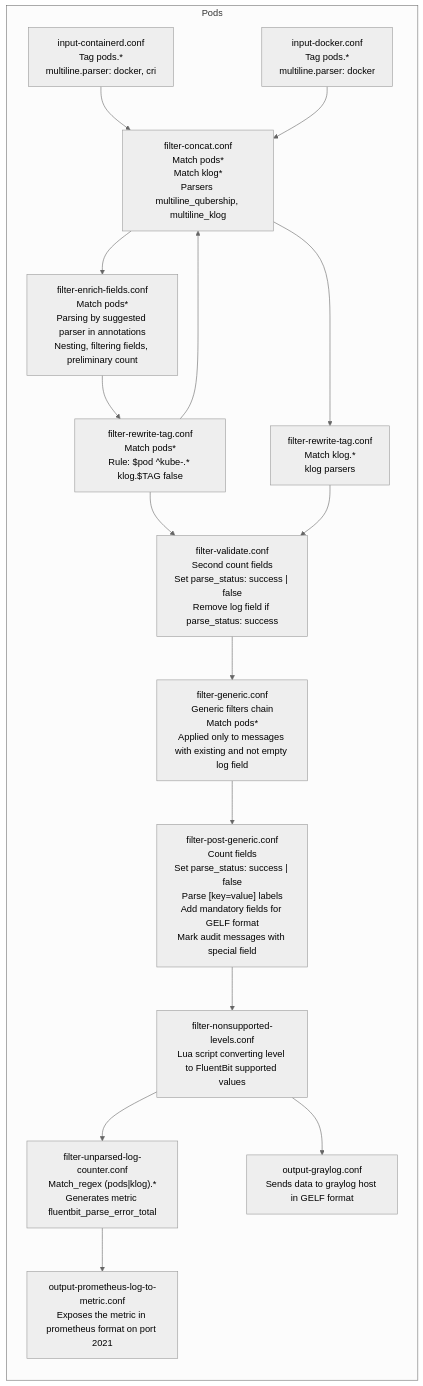
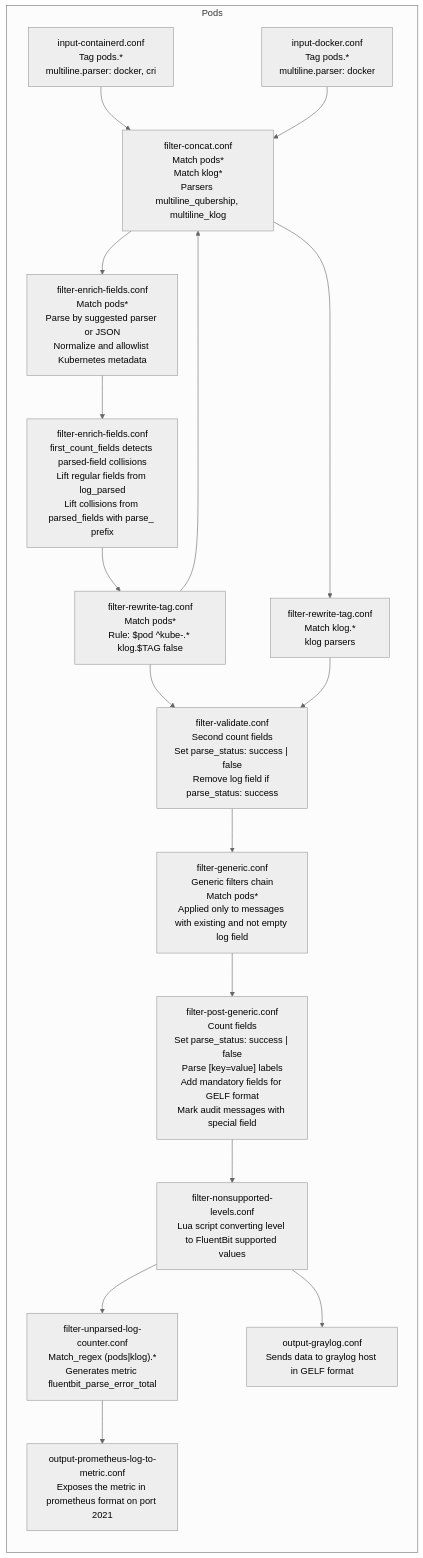
The diagram in docs/fluentbit-log-pipeline.md (Netcracker/qubership-logging-operator), drawn with Mermaid (neutral theme) before and after one commit. The commit also changed other lines of this file and 14 other files, not shown here.

Commit message:
fix(fluentbit): preserve all metadata fields to avoid overriding by payload fields

````diff
--- a/docs/fluentbit-log-pipeline.md
+++ b/docs/fluentbit-log-pipeline.md
@@ -54,21 +54,22 @@
 ```mermaid
 flowchart LR
     subgraph Pods
         IC["input-containerd.conf<br/>Tag pods.*<br/>multiline.parser: docker, cri" ] --> FC
         ID["input-docker.conf<br/>Tag pods.*<br/>multiline.parser: docker"] --> FC
         FC["filter-concat.conf<br/>Match pods*<br/>Match klog*<br/>Parsers multiline_qubership, multiline_klog"] --> FK
         FC["filter-concat.conf<br/>Match pods*<br/>Match klog*<br/>Parsers multiline_qubership, multiline_klog"] --> FRTP
-        FK["filter-enrich-fields.conf<br/>Match pods*<br/>Parsing by suggested parser in annotations<br/>Nesting, filtering fields, preliminary count"] --> FRT
+        FK["filter-enrich-fields.conf<br/>Match pods*<br/>Parse by suggested parser or JSON<br/>Normalize and allowlist Kubernetes metadata"] --> FPC
+        FPC["filter-enrich-fields.conf<br/>first_count_fields detects parsed-field collisions<br/>Lift regular fields from log_parsed<br/>Lift collisions from parsed_fields with parse_ prefix"] --> FRT
         FRT["filter-rewrite-tag.conf<br/>Match pods*<br/>Rule: $pod ^kube-.* klog.$TAG false"] --> FC
         FRT["filter-rewrite-tag.conf<br/>Match pods*<br/>Rule: $pod ^kube-.* klog.$TAG false"] --> FVALID
         FRTP["filter-rewrite-tag.conf<br/>Match klog.*<br/>klog parsers"] --> FVALID
         FVALID["filter-validate.conf<br/>Second count fields<br/>Set parse_status: success | false<br/>Remove log field if parse_status: success"] --> FGEN
         FGEN["filter-generic.conf<br/>Generic filters chain<br/>Match pods*<br/>Applied only to messages with existing and not empty log field"] --> FPGEN
         FPGEN["filter-post-generic.conf<br/>Count fields<br/>Set parse_status: success | false<br/>Parse [key=value] labels<br/>Add mandatory fields for GELF format<br/>Mark audit messages with special field"] --> FNL
         FNL["filter-nonsupported-levels.conf<br/>Lua script converting level to FluentBit supported values"] --> FULC
         FNL["filter-nonsupported-levels.conf<br/>Lua script converting level to FluentBit supported values"] --> OGRAY
         OGRAY["output-graylog.conf<br/>Sends data to graylog host in GELF format"]
         FULC["filter-unparsed-log-counter.conf<br/>Match_regex (pods|klog).*<br/>Generates metric fluentbit_parse_error_total"] --> OPLTM
         OPLTM["output-prometheus-log-to-metric.conf</br>Exposes the metric in prometheus format on port 2021"]
     end
 ```
````
